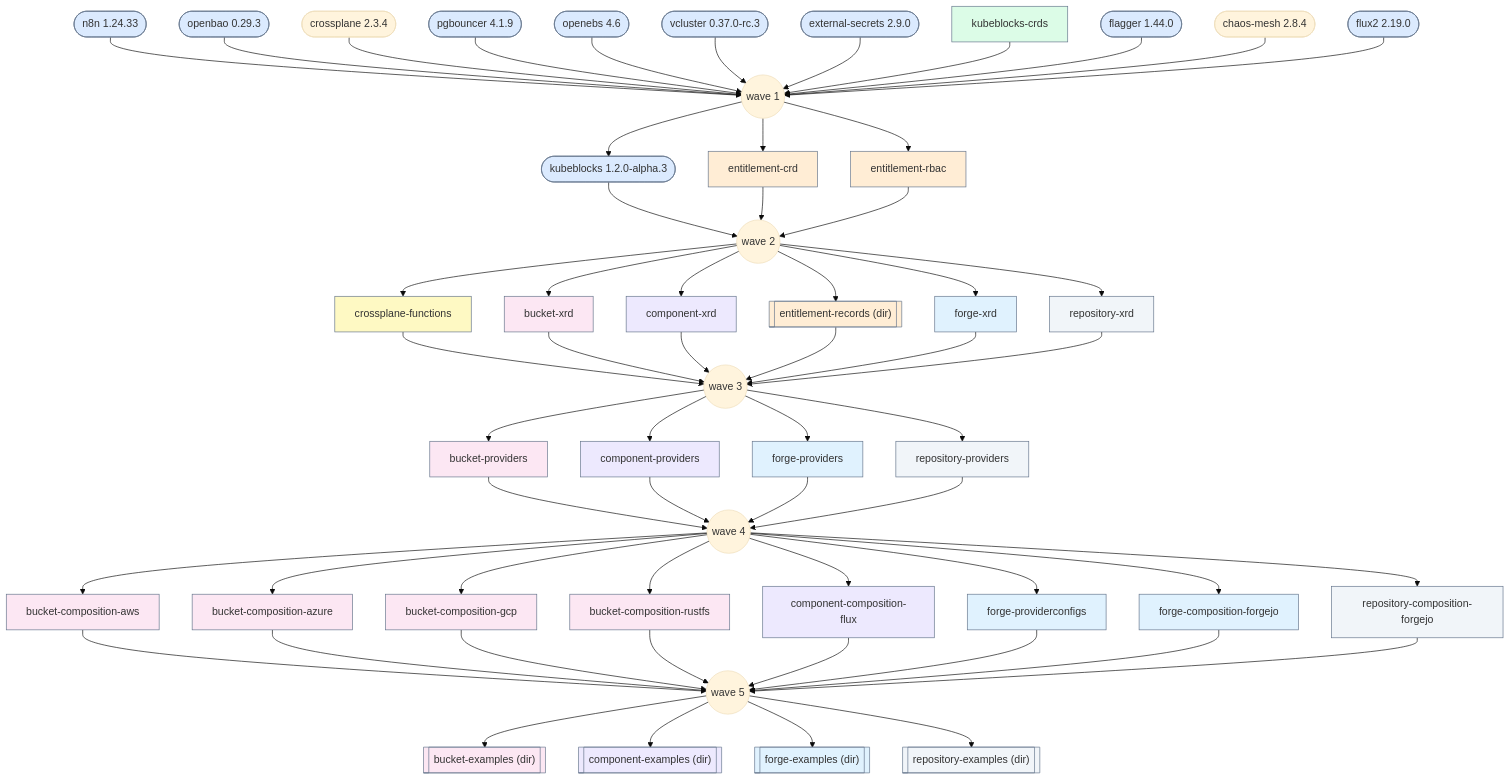
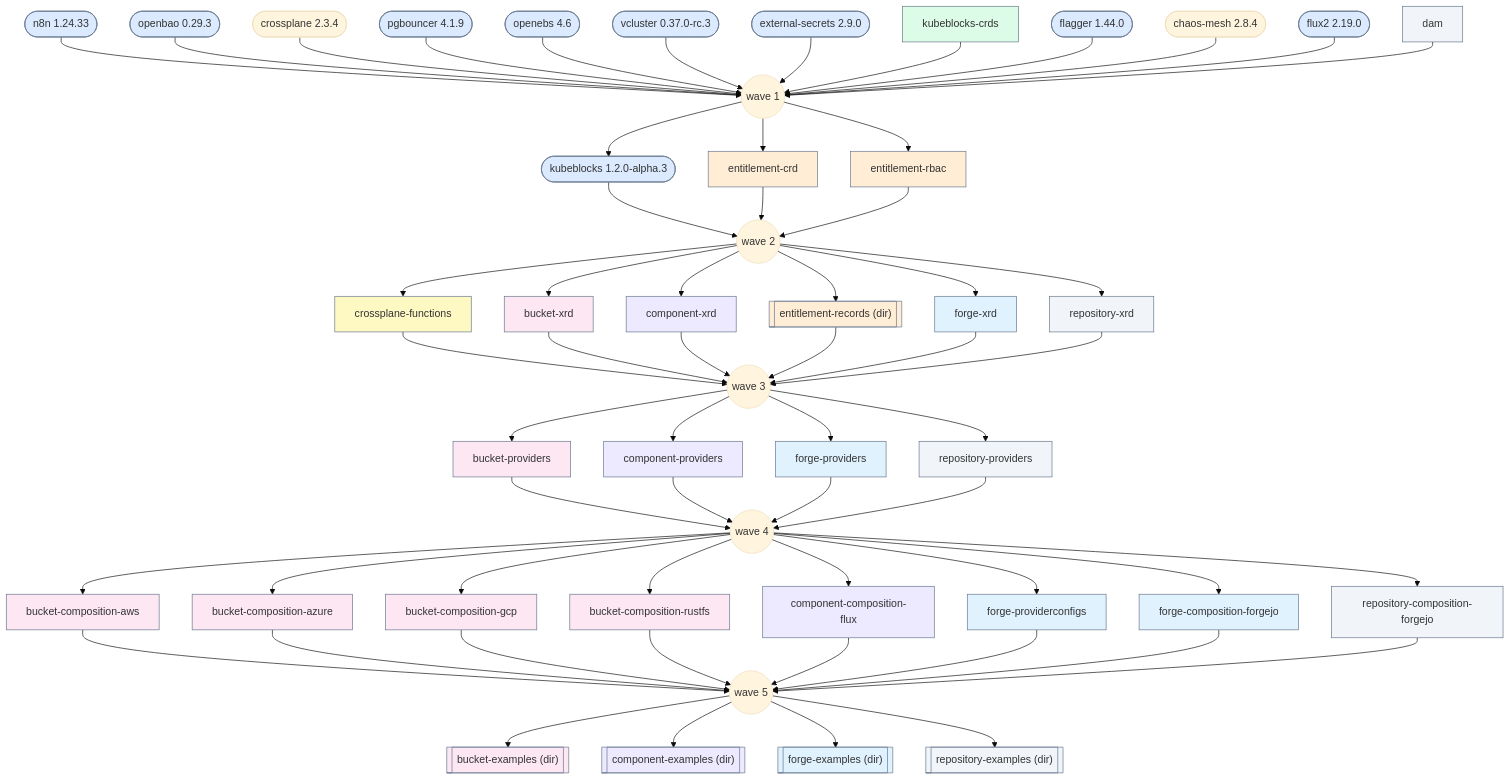
One commit to slavalslutkovsky/kcl-packages changed the first of 2 diagrams in docs/install-graph.md. Above: the diagram before and after it, drawn with Mermaid (base theme). The commit also changed 7 other files, not shown here.

````diff
--- a/docs/install-graph.md
+++ b/docs/install-graph.md
@@ -22,6 +22,7 @@
   flagger(["flagger 1.44.0"])
   chaos_mesh(["chaos-mesh 2.8.4"])
   flux2(["flux2 2.19.0"])
+  dam["dam"]
   kubeblocks(["kubeblocks 1.2.0-alpha.3"])
   entitlement_crd["entitlement-crd"]
   entitlement_rbac["entitlement-rbac"]
@@ -59,6 +60,7 @@
   flagger --> wave1
   chaos_mesh --> wave1
   flux2 --> wave1
+  dam --> wave1
   wave1 --> kubeblocks
   wave1 --> entitlement_crd
   wave1 --> entitlement_rbac
@@ -154,4 +156,5 @@
   class repository_providers mod_repository
   class repository_composition_forgejo mod_repository
   class repository_examples mod_repository
+  class dam mod_repository
 ```
````
